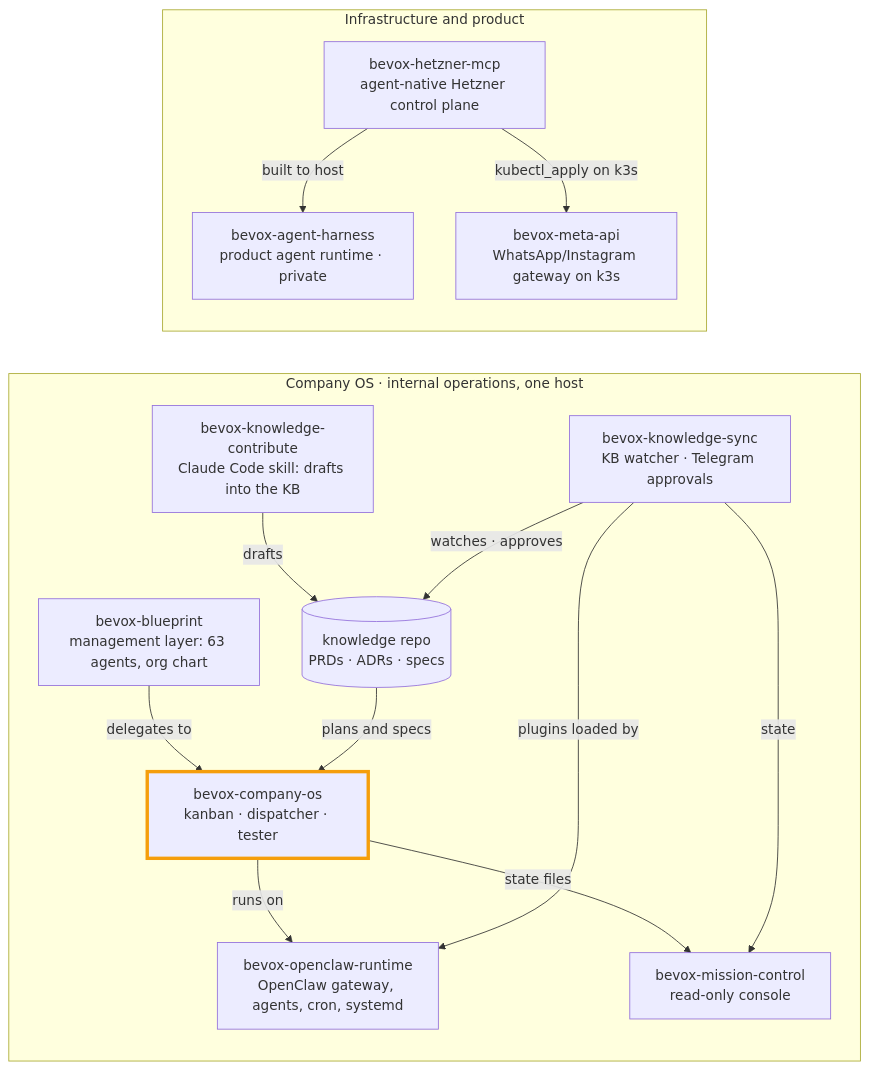
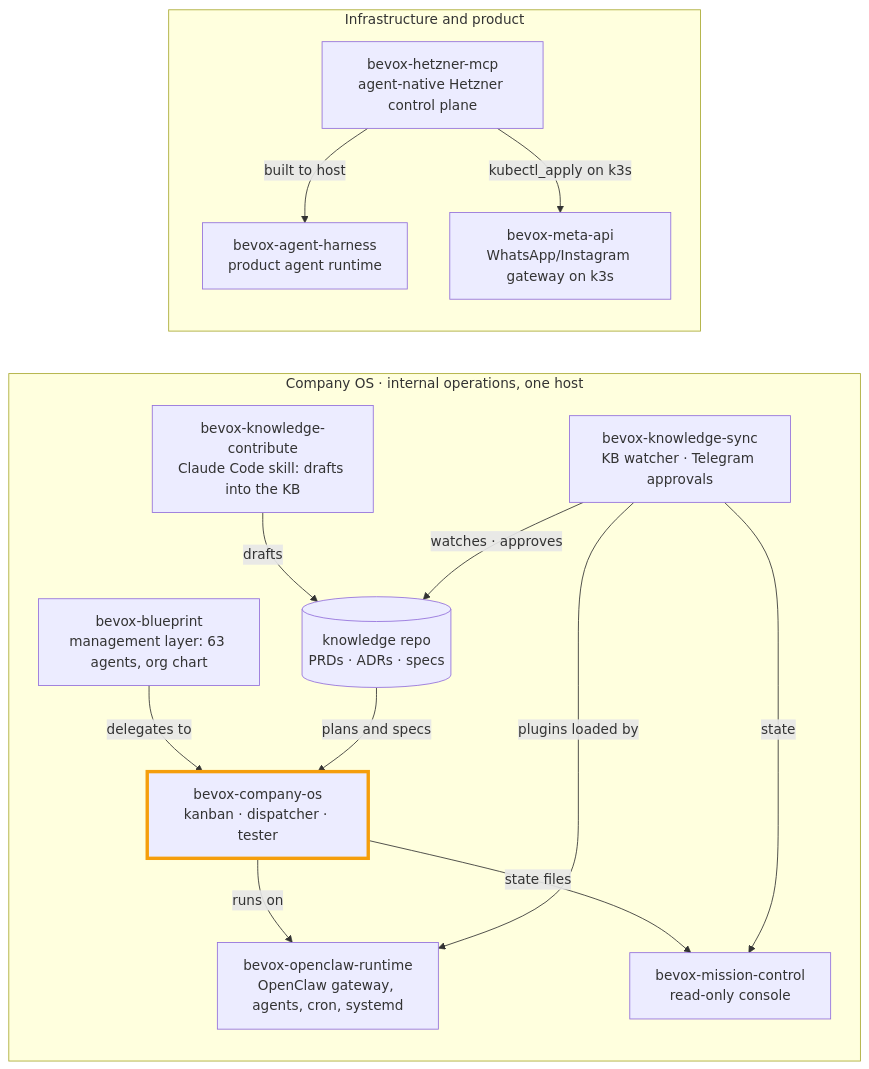
Before and after one commit to bernardTavares/bevox-company-os: the second of 2 diagrams in README.md, drawn with Mermaid. The commit also changed other lines of this file, not shown here.

Commit message:
docs: link bevox-agent-harness (now public) in the repo map
Claude-Session: https://claude.ai/code/session_01Qj817cr8c8u4ecWaCmkuX1

````diff
--- a/README.md
+++ b/README.md
@@ -107,31 +107,31 @@
 ```mermaid
 flowchart LR
   subgraph OPS["Company OS · internal operations, one host"]
     direction TB
     BP["bevox-blueprint<br/>management layer: 63 agents, org chart"]
     RT["bevox-openclaw-runtime<br/>OpenClaw gateway, agents, cron, systemd"]
     COS["bevox-company-os<br/>kanban · dispatcher · tester"]
     MC["bevox-mission-control<br/>read-only console"]
     KS["bevox-knowledge-sync<br/>KB watcher · Telegram approvals"]
     KC["bevox-knowledge-contribute<br/>Claude Code skill: drafts into the KB"]
     KB[("knowledge repo<br/>PRDs · ADRs · specs")]
   end
   subgraph INFRA["Infrastructure and product"]
     direction TB
     HZ["bevox-hetzner-mcp<br/>agent-native Hetzner control plane"]
-    H["bevox-agent-harness<br/>product agent runtime · private"]
+    H["bevox-agent-harness<br/>product agent runtime"]
     MA["bevox-meta-api<br/>WhatsApp/Instagram gateway on k3s"]
   end
   BP -->|delegates to| COS
   COS -->|runs on| RT
   KS -->|plugins loaded by| RT
   KC -->|drafts| KB
   KS -->|watches · approves| KB
   KB -->|plans and specs| COS
   COS -->|state files| MC
   KS -->|state| MC
   HZ -->|built to host| H
   HZ -->|kubectl_apply on k3s| MA
   classDef here stroke:#f59e0b,stroke-width:4px
   class COS here
 ```
````
